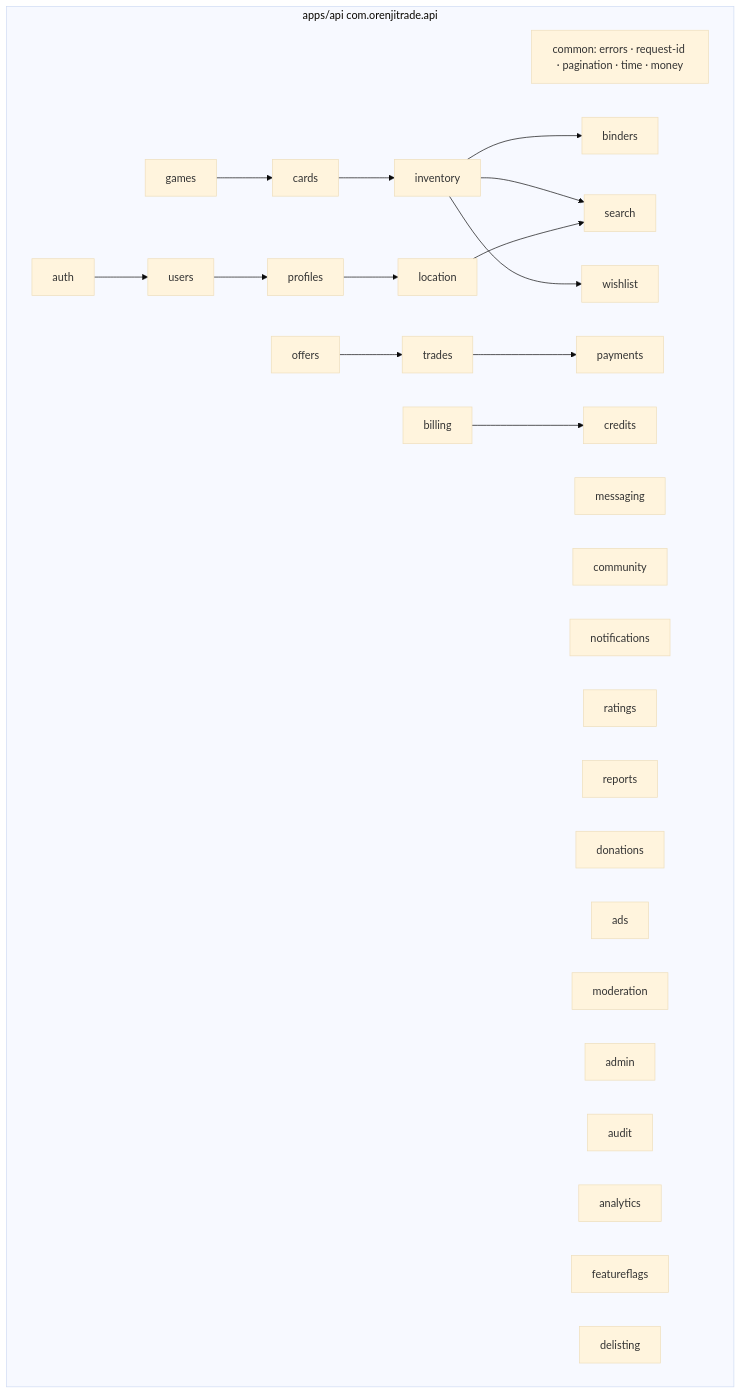
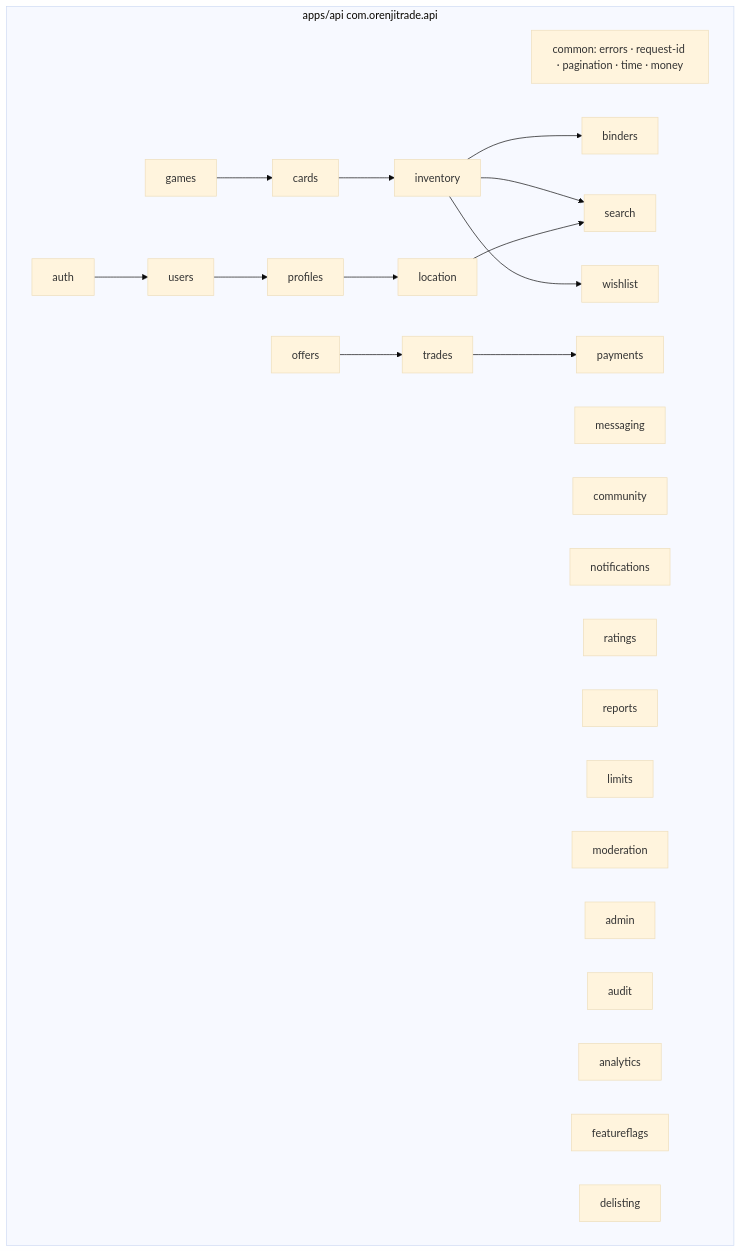
Before and after one commit to yunjiPoly/OrenjiTrade: the second of 7 diagrams in docs/architecture/ARCHITECTURE.md, drawn with Mermaid (base theme). The commit also changed other lines of this file and 6 other files, not shown here.

````diff
--- a/docs/architecture/ARCHITECTURE.md
+++ b/docs/architecture/ARCHITECTURE.md
@@ -76,28 +76,26 @@
 ```mermaid
 flowchart TB
   subgraph api[apps/api  com.orenjitrade.api]
     common[common: errors · request-id · pagination · time · money]
     auth --> users --> profiles
     profiles --> location
     games --> cards
     cards --> inventory --> binders
     inventory --> search
     location --> search
     inventory --> wishlist
     messaging
     community
     notifications
     ratings
     reports
     offers --> trades --> payments
-    billing --> credits
-    donations
-    ads
+    limits
     moderation
     admin
     audit
     analytics
     featureflags
     delisting
   end
 ```
````
